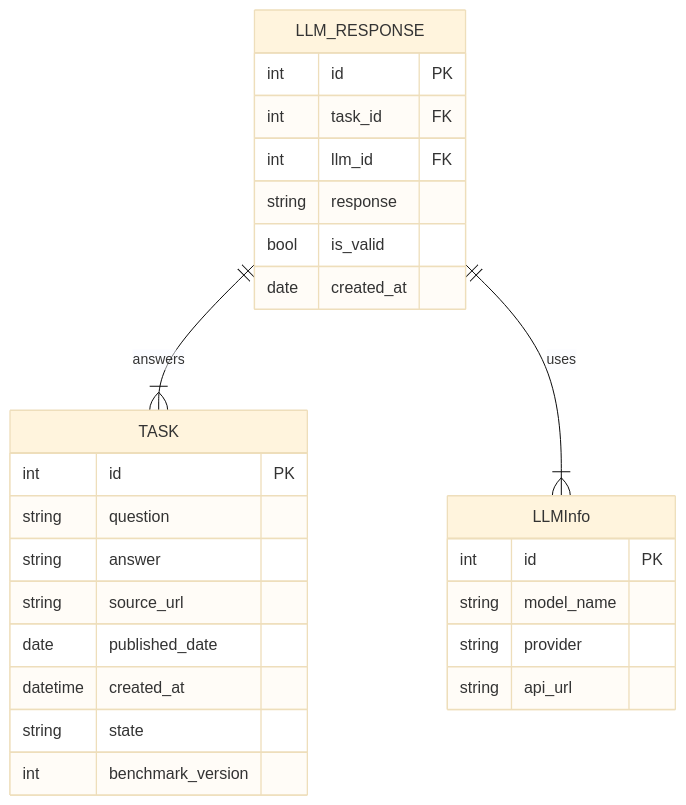
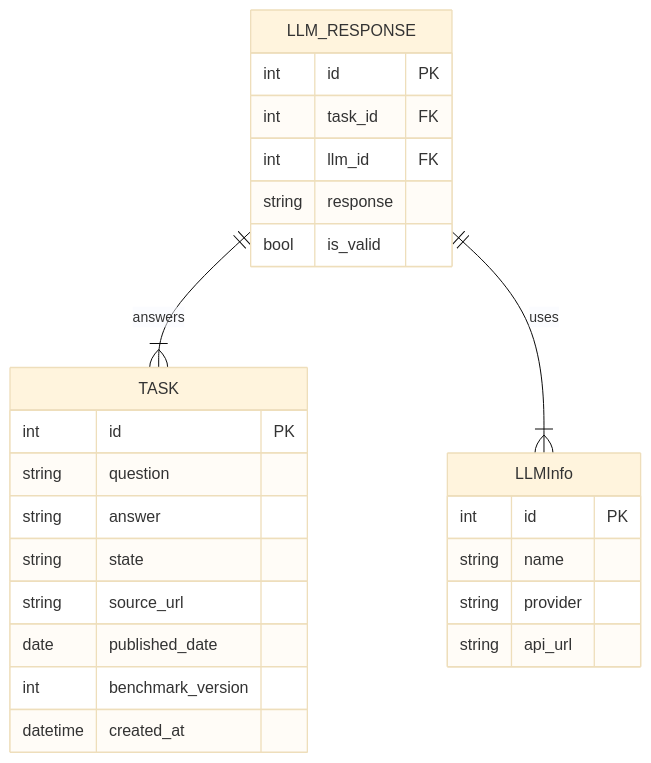
The diagram in docs/db_relations.md (ruslann19/llm_benchmark), drawn with Mermaid (base theme) before and after one commit. The commit also changed 17 other files, not shown here.

````diff
--- a/docs/db_relations.md
+++ b/docs/db_relations.md
@@ -3,29 +3,28 @@
 ```mermaid
 erDiagram
     LLM_RESPONSE ||--|{ TASK : "answers"
     LLM_RESPONSE ||--|{ LLMInfo : "uses"
     TASK {
         int id PK
         string question
         string answer
+        string state
         string source_url
         date published_date
+        int benchmark_version
         datetime created_at
-        string state
-        int benchmark_version
     }
     LLM_RESPONSE {
         int id PK
         int task_id FK
         int llm_id FK
         string response
         bool is_valid
-        date created_at
     }
     LLMInfo {
         int id PK
-        string model_name
+        string name
         string provider
         string api_url
     }
 ```
````
